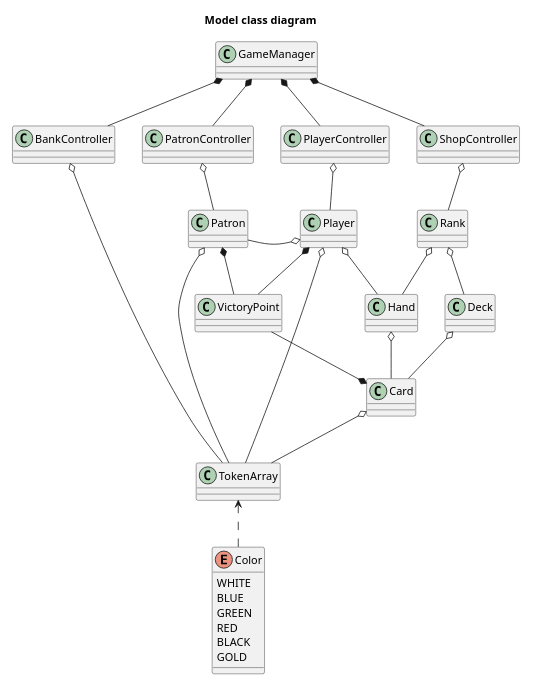
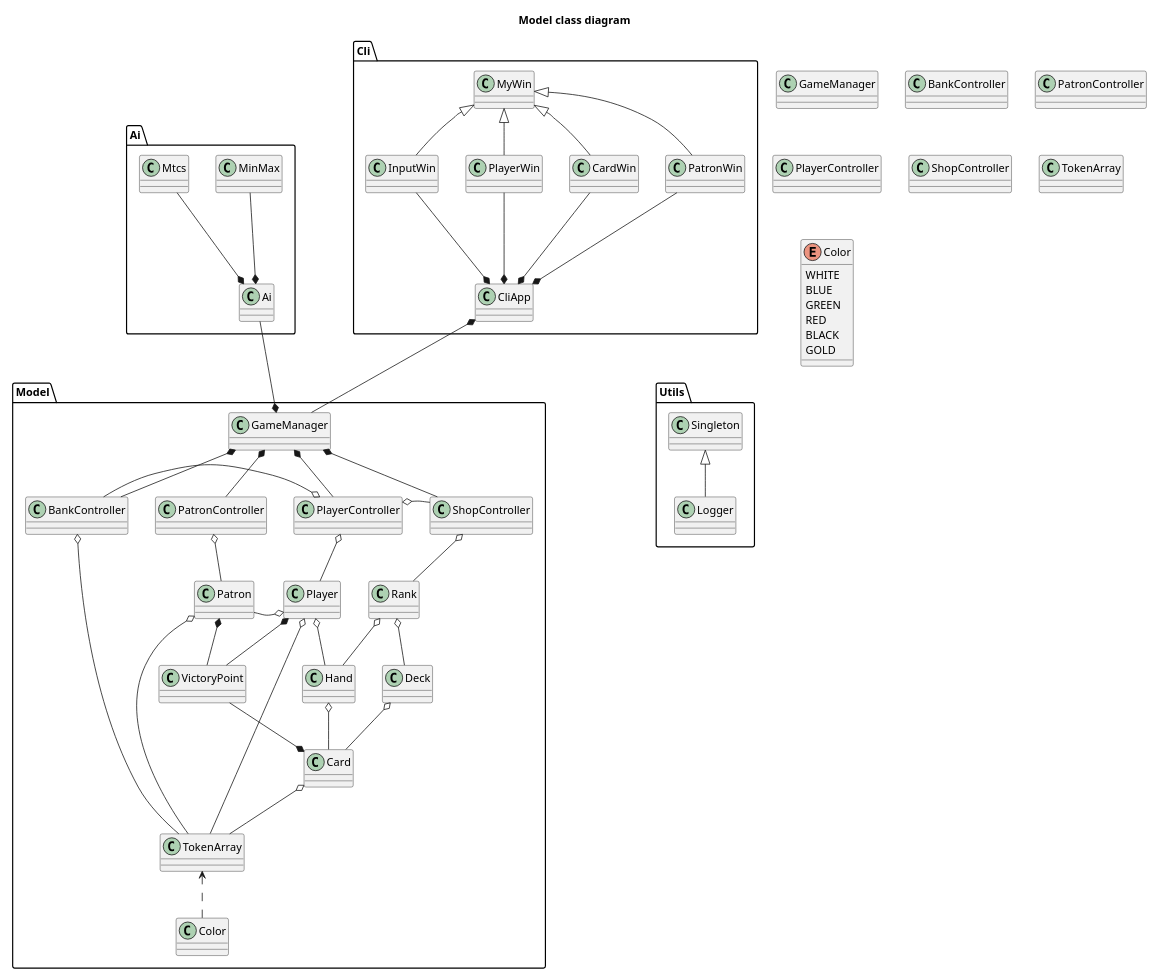
The diagram in Documentation/Technical Specifications/ClassDiagramSimplest.puml (kalharko/splendia), drawn with PlantUML before and after one commit. The commit also changed 71 other files, not shown here.

```diff
--- a/Documentation/Technical Specifications/ClassDiagramSimplest.puml
+++ b/Documentation/Technical Specifications/ClassDiagramSimplest.puml
@@ -1,84 +1,115 @@
 @startuml classDiagram
 title Model class diagram
 scale 0.65
 
-GameManager *-- BankController
-GameManager *-- PatronController
-GameManager *-- PlayerController
-GameManager *-- ShopController
+package Model {
+    GameManager *-- BankController
+    GameManager *-- PatronController
+    GameManager *-- PlayerController
+    GameManager *-- ShopController
 
-PatronController o-- Patron
-Patron o-- TokenArray
+    PatronController o-- Patron
+    Patron o-- TokenArray
 
-BankController o-down- TokenArray
+    BankController o-down- TokenArray
 
-PlayerController o-- Player
-Player o-- TokenArray
-Player o-- Hand
-Player o-- Patron
+    PlayerController o-- Player
+    Player o-- TokenArray
+    Player o-- Hand
+    Player o-- Patron
 
-ShopController o-- Rank
-Rank o-- Hand
-Rank o-- Deck
+    ShopController o-- Rank
+    Rank o-- Hand
+    Rank o-- Deck
 
-Deck o-- Card
-Hand o-- Card
+    Deck o-- Card
+    Hand o-- Card
 
-Card o-- TokenArray
-TokenArray <.. Color
+    Card o-- TokenArray
+    TokenArray <.. Color
 
 
-BankController .r[hidden]. PatronController
-PatronController .r[hidden]. PlayerController
-PlayerController .r[hidden]. ShopController
+    BankController .r[hidden]. PatronController
+    PatronController .r[hidden]. PlayerController
+    PlayerController .r[hidden]. ShopController
 
-Patron .r[hidden]. Player
-Player .r[hidden]. Rank
+    Patron .r[hidden]. Player
+    Player .r[hidden]. Rank
 
 
-VictoryPoint .r[hidden]. Hand
-VictoryPoint -[norank]-* Patron
-VictoryPoint -[norank]-* Card
-VictoryPoint -[norank]-* Player
+    VictoryPoint .r[hidden]. Hand
+    VictoryPoint -[norank]-* Patron
+    VictoryPoint -[norank]-* Card
+    VictoryPoint -[norank]-* Player
+
+    PlayerController o-[norank]- BankController
+    PlayerController o-[norank]- ShopController
+}
+
+package Cli {
+    CliApp *-d- GameManager
+    CliApp *-u- PatronWin
+    CliApp *-u- CardWin
+    CliApp *-u- PlayerWin
+    CliApp *-u- InputWin
+    MyWin <|-d- PatronWin
+    MyWin <|-d- CardWin
+    MyWin <|-d- PlayerWin
+    MyWin <|-d- InputWin
+}
+
+package Ai {
+    Ai --* GameManager
+    Ai *-u- Mtcs
+    Ai *-u- MinMax
+
+    Ai -[hidden]l- MyWin
+}
+
+package Utils {
+    Singleton <|-- Logger
+
+    Singleton --[hidden]u- PatronWin
+}
 
 
 
 
 class GameManager {
 }
 
 
 class BankController {
 }
 
 class PatronController {
 }
 
 class PlayerController {
 }
 
 class ShopController {
 }
 
 
 
 
 
 
 
 
 
 class TokenArray {
 }
 
 
 enum Color {
     WHITE
     BLUE
     GREEN
     RED
     BLACK
     GOLD
 }
 
 @enduml
```
